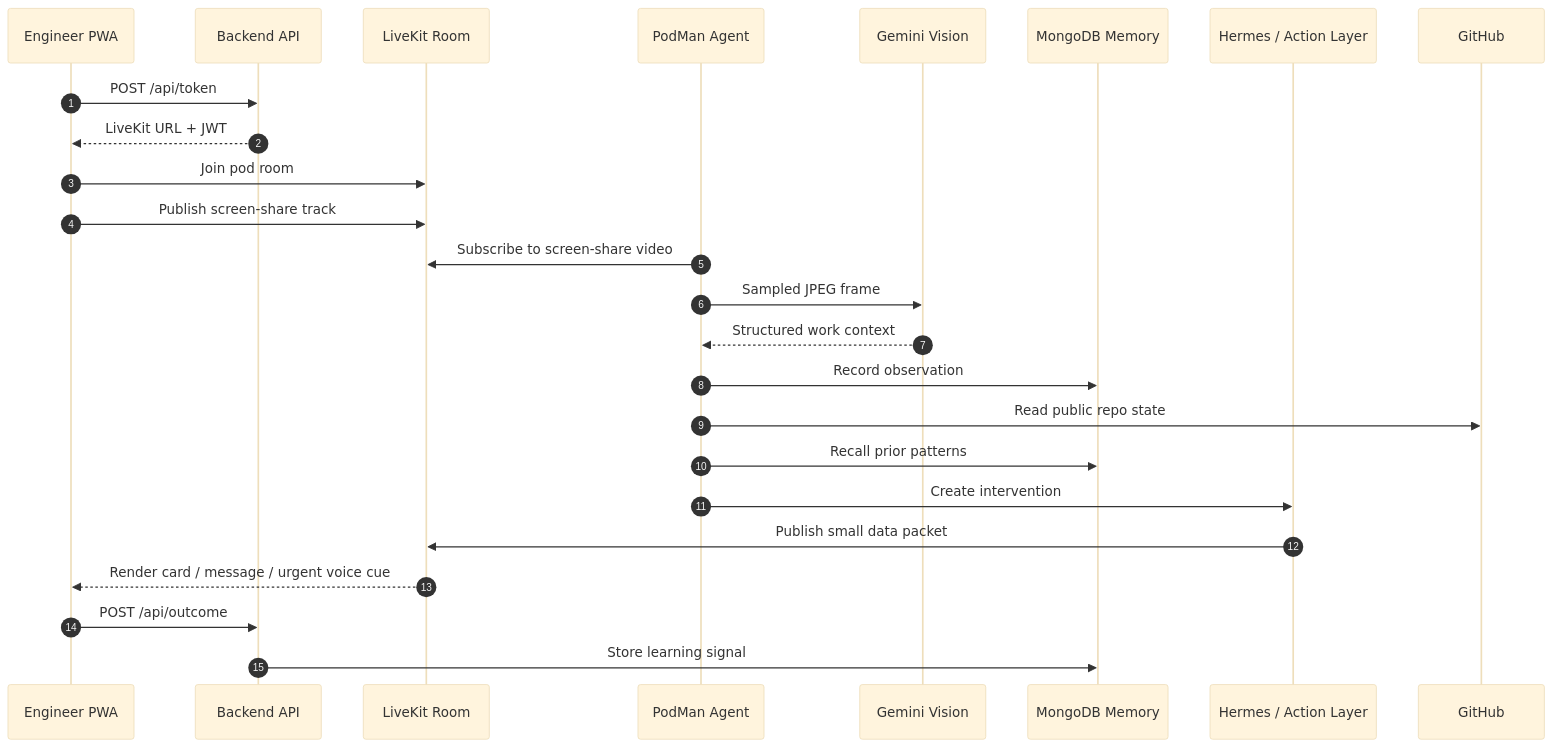
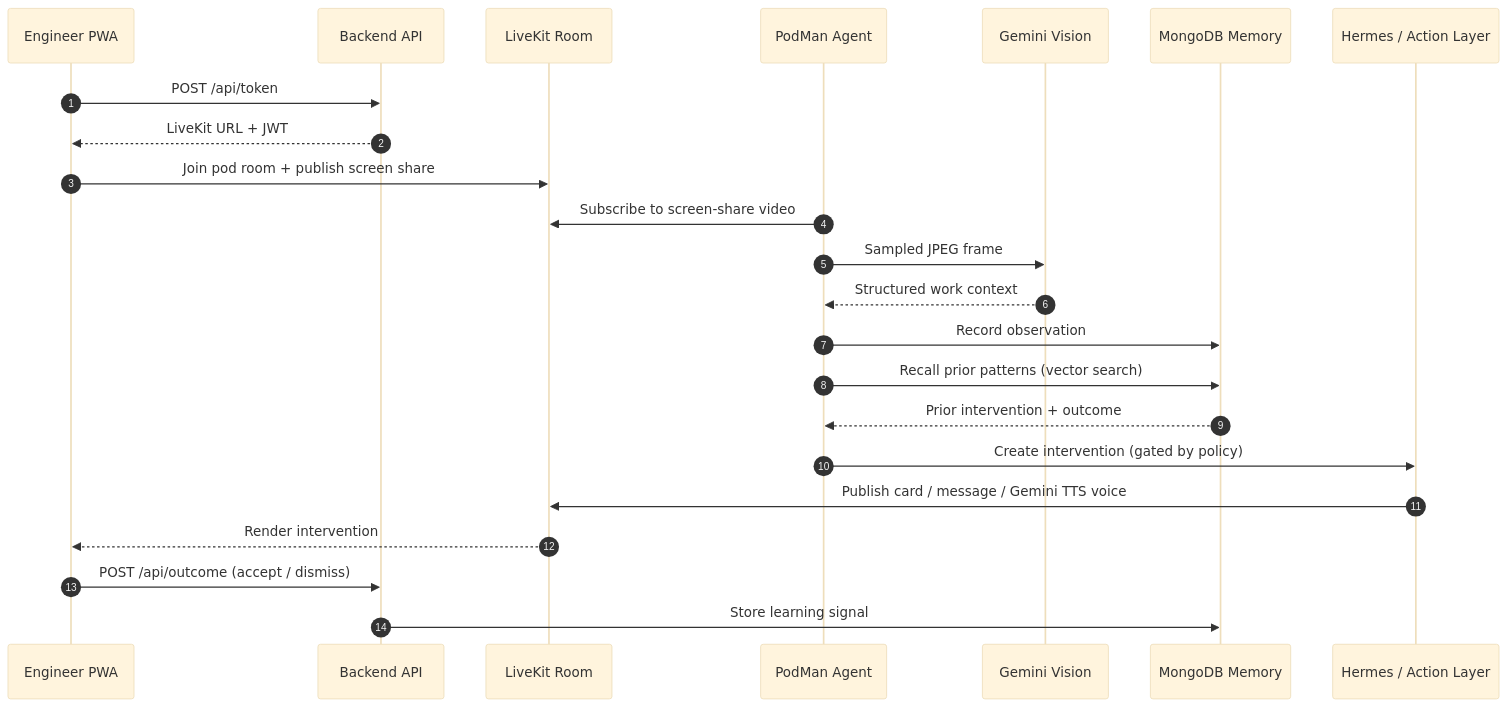
Before and after one commit to karti-ai/podman: the second of 2 diagrams in README.md, drawn with Mermaid (base theme). The commit also changed other lines of this file and 115 other files, not shown here.

````diff
--- a/README.md
+++ b/README.md
@@ -89,28 +157,26 @@
 ```mermaid
 sequenceDiagram
   autonumber
   participant Dev as Engineer PWA
   participant API as Backend API
   participant LK as LiveKit Room
   participant Agent as PodMan Agent
   participant Gemini as Gemini Vision
   participant Mongo as MongoDB Memory
   participant Hermes as Hermes / Action Layer
-  participant GH as GitHub
 
   Dev->>API: POST /api/token
   API-->>Dev: LiveKit URL + JWT
-  Dev->>LK: Join pod room
-  Dev->>LK: Publish screen-share track
+  Dev->>LK: Join pod room + publish screen share
   Agent->>LK: Subscribe to screen-share video
   Agent->>Gemini: Sampled JPEG frame
   Gemini-->>Agent: Structured work context
   Agent->>Mongo: Record observation
-  Agent->>GH: Read public repo state
-  Agent->>Mongo: Recall prior patterns
-  Agent->>Hermes: Create intervention
-  Hermes->>LK: Publish small data packet
-  LK-->>Dev: Render card / message / urgent voice cue
-  Dev->>API: POST /api/outcome
+  Agent->>Mongo: Recall prior patterns (vector search)
+  Mongo-->>Agent: Prior intervention + outcome
+  Agent->>Hermes: Create intervention (gated by policy)
+  Hermes->>LK: Publish card / message / Gemini TTS voice
+  LK-->>Dev: Render intervention
+  Dev->>API: POST /api/outcome (accept / dismiss)
   API->>Mongo: Store learning signal
 ```
````
